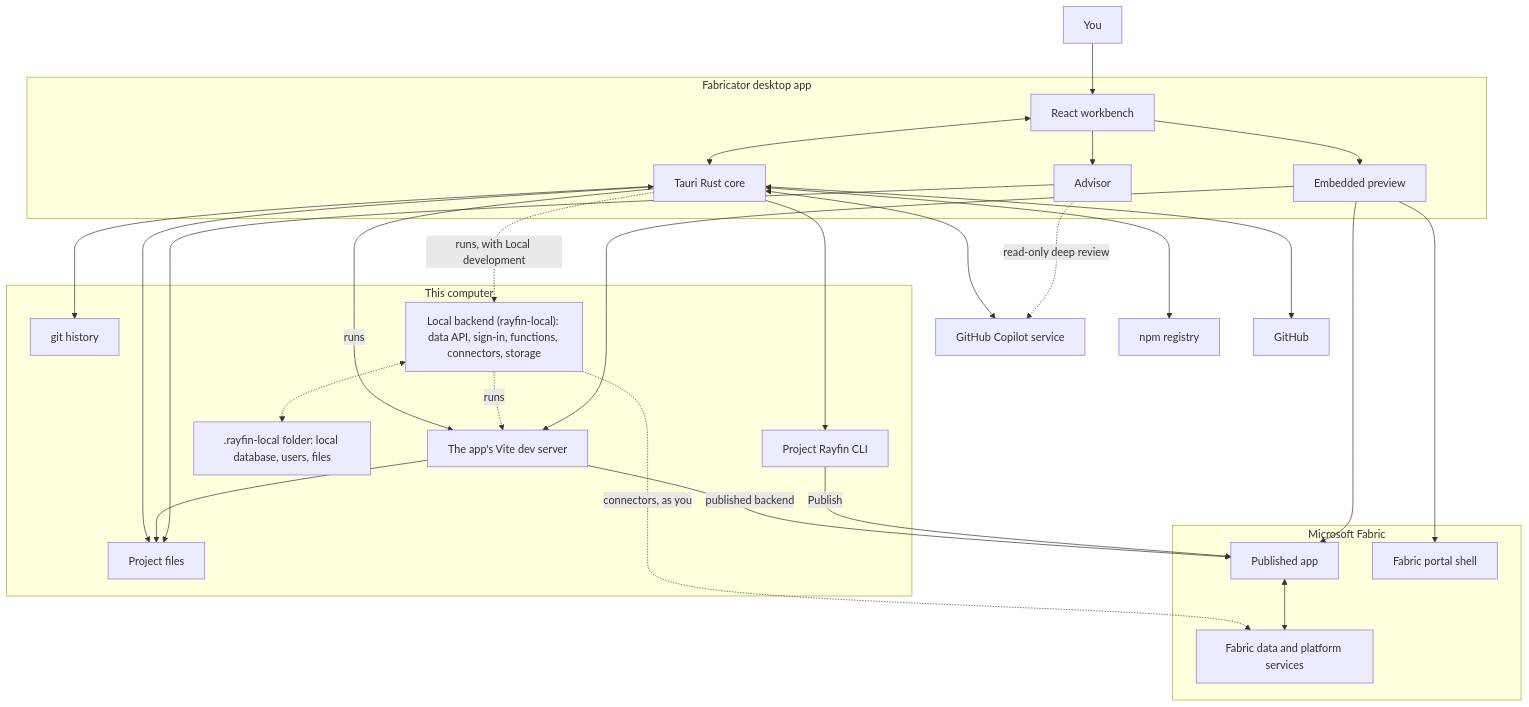
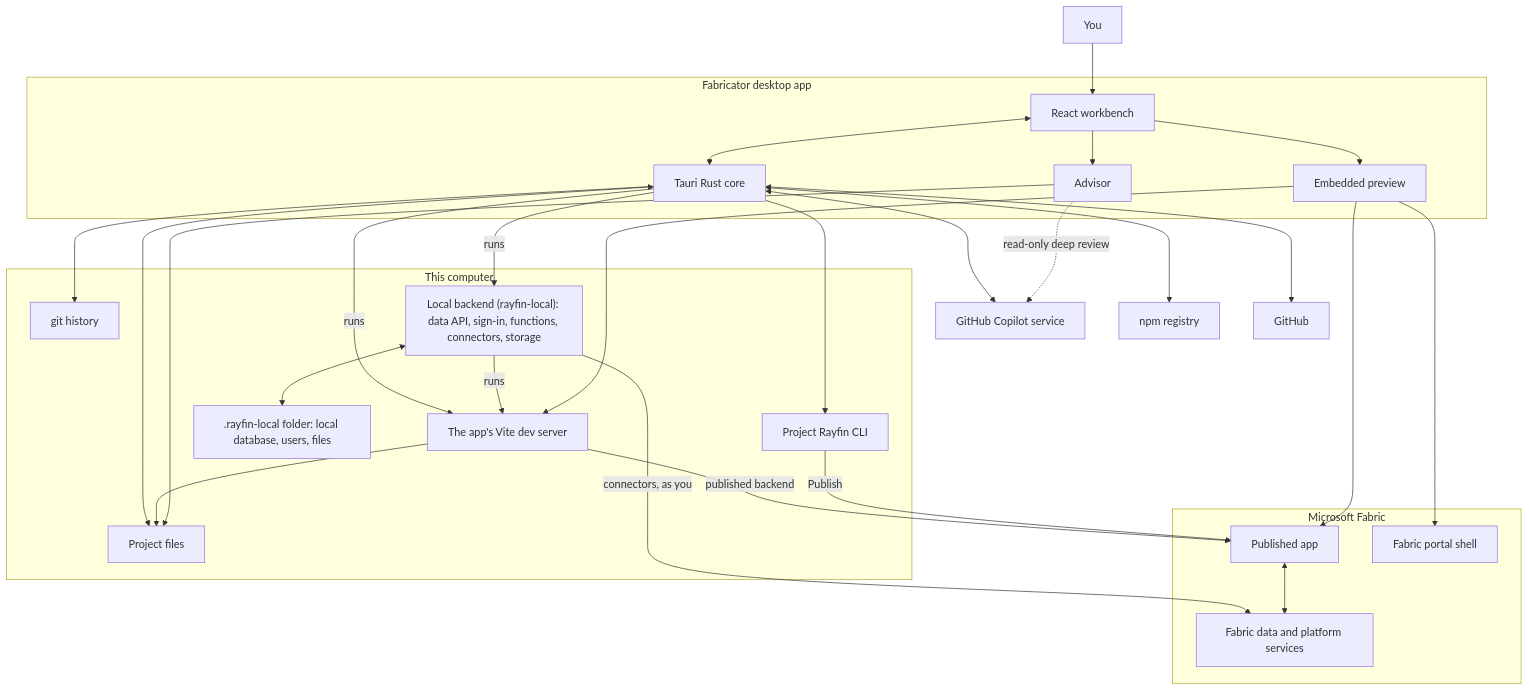
The diagram in website/content/docs/reference/how-it-works.mdx (spatney/rayfin-fabricator), drawn with Mermaid before and after one commit. The commit also changed other lines of this file and 43 other files, not shown here.

````diff
--- a/website/content/docs/reference/how-it-works.mdx
+++ b/website/content/docs/reference/how-it-works.mdx
@@ -56,63 +41,64 @@
 ```mermaid
 flowchart TD
   User["You"]
 
   subgraph Desktop["Fabricator desktop app"]
     UI["React workbench"]
     Core["Tauri Rust core"]
     Preview["Embedded preview"]
     Advisor["Advisor"]
   end
 
   subgraph Computer["This computer"]
     Files["Project files"]
     Git["git history"]
     Vite["The app's Vite dev server"]
     RayfinCli["Project Rayfin CLI"]
     Backend["Local backend (rayfin-local): data API, sign-in, functions, connectors, storage"]
     LocalData[".rayfin-local folder: local database, users, files"]
   end
 
   Copilot["GitHub Copilot service"]
   Npm["npm registry"]
   GitHub["GitHub"]
 
   subgraph Fabric["Microsoft Fabric"]
     Runtime["Published app"]
     Data["Fabric data and platform services"]
     Portal["Fabric portal shell"]
   end
 
   User --> UI
   UI <--> Core
   UI --> Preview
   UI --> Advisor
   Core <--> Files
   Core --> Git
   Core --> RayfinCli
   Core <--> Copilot
   Core <--> GitHub
   Core <--> Npm
   Core -- "runs" --> Vite
-  Core -. "runs, with Local development" .-> Backend
-  Backend -. "runs" .-> Vite
-  Backend <-.-> LocalData
-  Backend -. "connectors, as you" .-> Data
+  Core -- "runs" --> Backend
+  Backend -- "runs" --> Vite
+  Backend <--> LocalData
+  Backend -- "connectors, as you" --> Data
   Vite --> Files
   Vite -- "published backend" --> Runtime
   Preview --> Vite
   Preview --> Runtime
   Preview --> Portal
   RayfinCli -- "Publish" --> Runtime
   Runtime <--> Data
   Advisor --> Files
   Advisor -. "read-only deep review" .-> Copilot
 
   class User actor
   class UI,Core,Preview,Advisor service
   class Vite service
   class Files,Git,RayfinCli store
-  class Backend,LocalData experimental
+  class Backend service
+  class LocalData store
   class Copilot,Npm,GitHub external
   class Runtime,Data,Portal external
 ```
````
